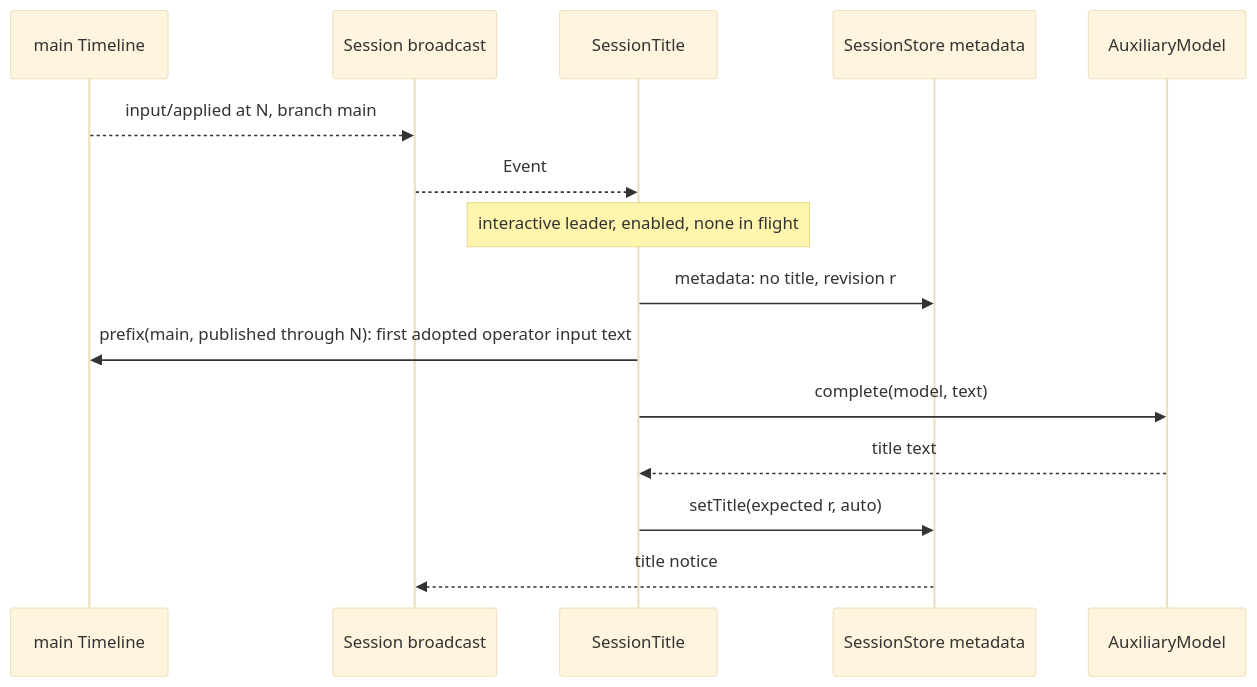
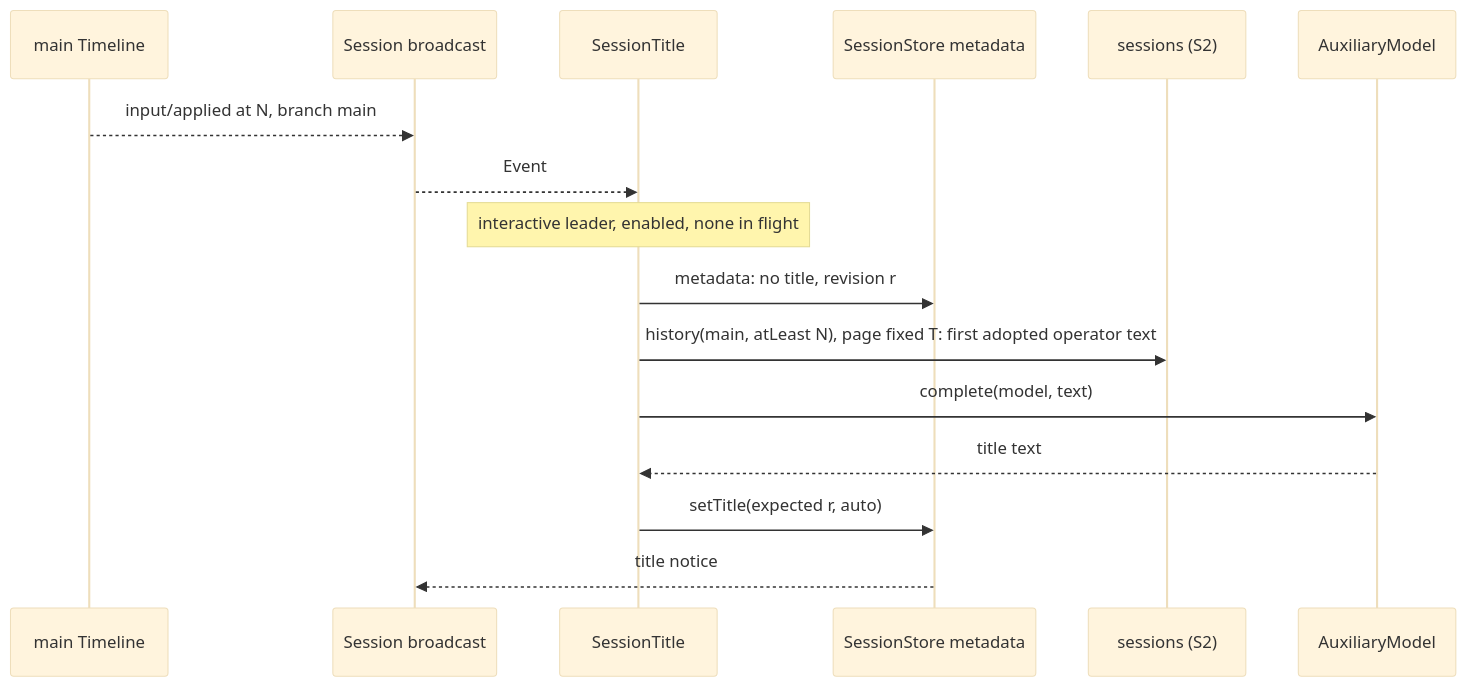
One commit to CoutinhoTTS/dim-agent changed the third of 5 diagrams in docs/design/plugins/SessionTitle.md. Above: the diagram before and after it, drawn with Mermaid (base theme). The commit also changed other lines of this file and 1 other file, not shown here.

Commit message:
docs(session-title): align P4 with delivered observation and history contracts

````diff
--- a/docs/design/plugins/SessionTitle.md
+++ b/docs/design/plugins/SessionTitle.md
@@ -69,17 +110,18 @@
 ```mermaid
 sequenceDiagram
   participant TL as main Timeline
   participant SB as Session broadcast
   participant ST as SessionTitle
   participant Meta as SessionStore metadata
+  participant Sessions as sessions (S2)
   participant Aux as AuxiliaryModel
   TL-->>SB: input/applied at N, branch main
   SB-->>ST: Event
   Note over ST: interactive leader, enabled, none in flight
   ST->>Meta: metadata: no title, revision r
-  ST->>TL: prefix(main, published through N): first adopted operator input text
+  ST->>Sessions: history(main, atLeast N), page fixed T: first adopted operator text
   ST->>Aux: complete(model, text)
   Aux-->>ST: title text
   ST->>Meta: setTitle(expected r, auto)
   Meta-->>SB: title notice
 ```
````
